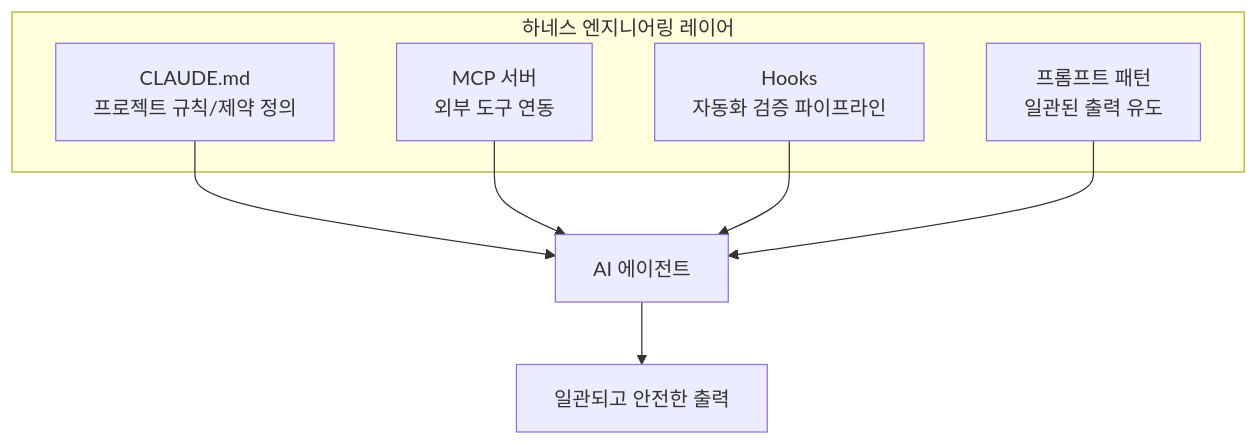
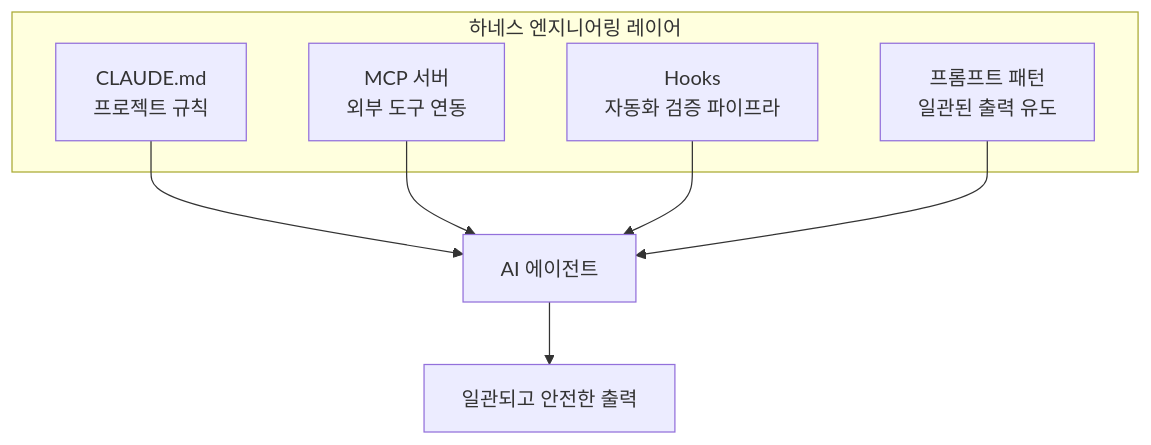
Before and after one commit to yjkim2015/yjkim2015.github.io: the second of 3 diagrams in _posts/ai/2026-05-01-ai-driven-development.md, drawn with Mermaid. The commit also changed other lines of this file and 271 other files, not shown here.

First line of the commit message:
Mermaid 라벨 축소: 긴 노드 텍스트 18자 이하로 트림 + \n 제거

````diff
--- a/_posts/ai/2026-05-01-ai-driven-development.md
+++ b/_posts/ai/2026-05-01-ai-driven-development.md
@@ -145,14 +145,14 @@
 ```mermaid
 graph TD
     subgraph "하네스 엔지니어링 레이어"
-        CLAUDEMD["CLAUDE.md\n프로젝트 규칙/제약 정의"]
+        CLAUDEMD["CLAUDE.md\n프로젝트 규칙"]
         MCP["MCP 서버\n외부 도구 연동"]
-        HOOKS["Hooks\n자동화 검증 파이프라인"]
+        HOOKS["Hooks\n자동화 검증 파이프라"]
         PROMPT["프롬프트 패턴\n일관된 출력 유도"]
     end
     CLAUDEMD --> AI["AI 에이전트"]
     MCP --> AI
     HOOKS --> AI
     PROMPT --> AI
     AI --> OUTPUT["일관되고 안전한 출력"]
 ```
````
